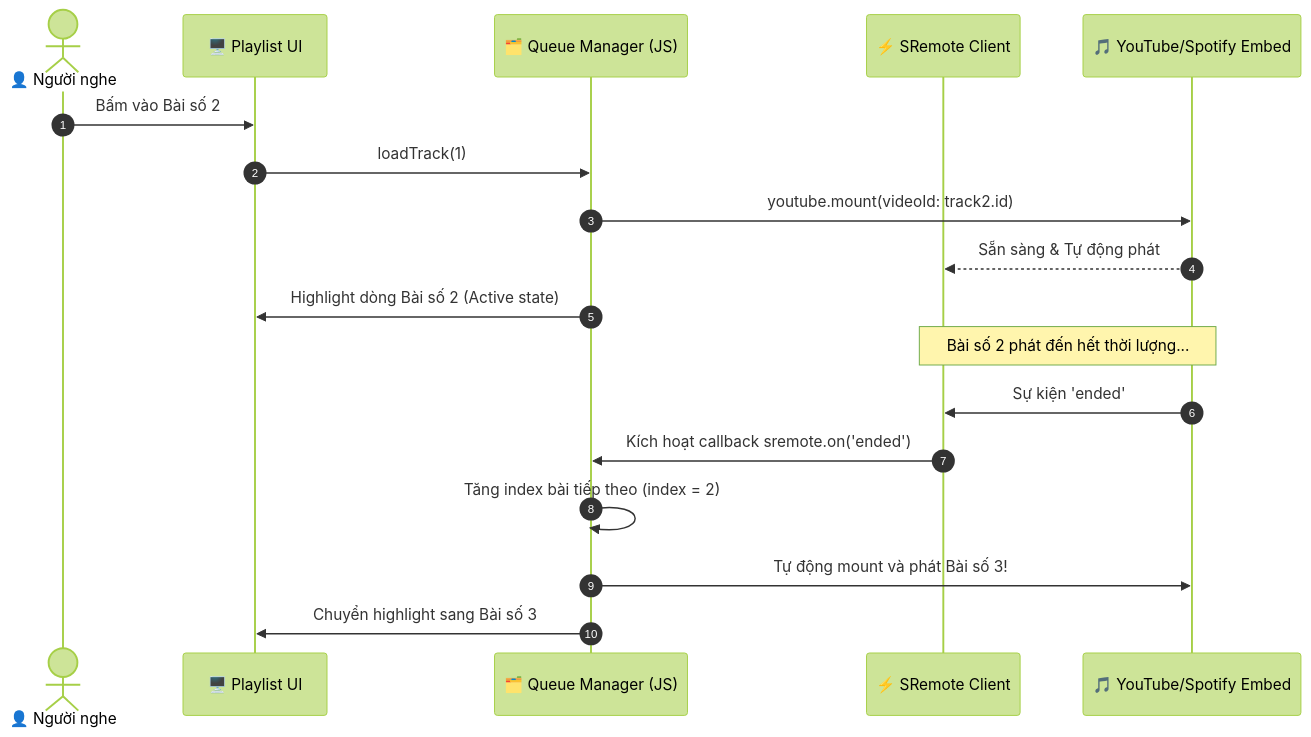
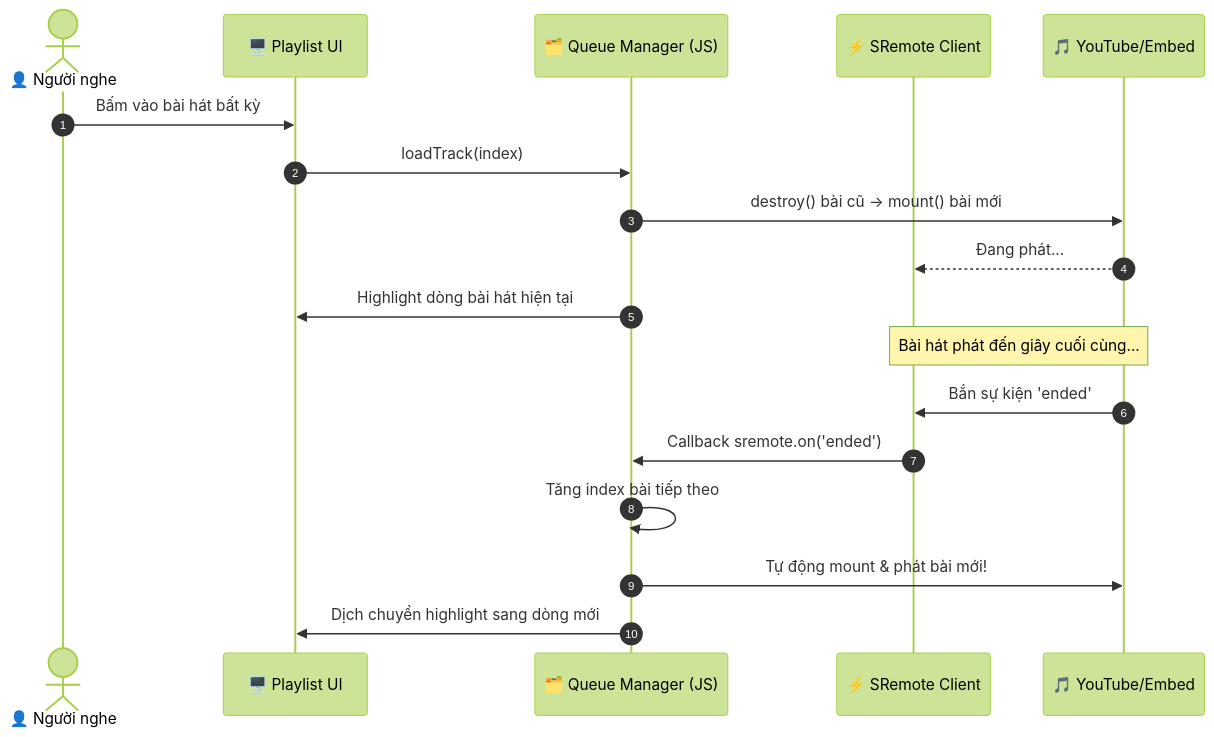
Before and after one commit to SweetSea-ButImNotSweet/sremote: the diagram in docs/content/guides/vi/blueprints/02-playlist-queue.md, drawn with Mermaid (forest theme). The commit also changed other lines of this file and 15 other files, not shown here.

````diff
--- a/docs/content/guides/vi/blueprints/02-playlist-queue.md
+++ b/docs/content/guides/vi/blueprints/02-playlist-queue.md
@@ -14,22 +18,22 @@
 ```mermaid
 sequenceDiagram
     autonumber
     actor User as 👤 Người nghe
     participant UI as 🖥️ Playlist UI
     participant Queue as 🗂️ Queue Manager (JS)
     participant SDK as ⚡ SRemote Client
-    participant Player as 🎵 YouTube/Spotify Embed
+    participant Player as 🎵 YouTube/Embed
 
-    User->>UI: Bấm vào Bài số 2
-    UI->>Queue: loadTrack(1)
-    Queue->>Player: youtube.mount(videoId: track2.id)
-    Player-->>SDK: Sẵn sàng & Tự động phát
-    Queue->>UI: Highlight dòng Bài số 2 (Active state)
+    User->>UI: Bấm vào bài hát bất kỳ
+    UI->>Queue: loadTrack(index)
+    Queue->>Player: destroy() bài cũ -> mount() bài mới
+    Player-->>SDK: Đang phát...
+    Queue->>UI: Highlight dòng bài hát hiện tại
 
-    Note over Player,SDK: Bài số 2 phát đến hết thời lượng...
-    Player->>SDK: Sự kiện 'ended'
-    SDK->>Queue: Kích hoạt callback sremote.on('ended')
-    Queue->>Queue: Tăng index bài tiếp theo (index = 2)
-    Queue->>Player: Tự động mount và phát Bài số 3!
-    Queue->>UI: Chuyển highlight sang Bài số 3
+    Note over Player,SDK: Bài hát phát đến giây cuối cùng...
+    Player->>SDK: Bắn sự kiện 'ended'
+    SDK->>Queue: Callback sremote.on('ended')
+    Queue->>Queue: Tăng index bài tiếp theo
+    Queue->>Player: Tự động mount & phát bài mới!
+    Queue->>UI: Dịch chuyển highlight sang dòng mới
 ```
````
